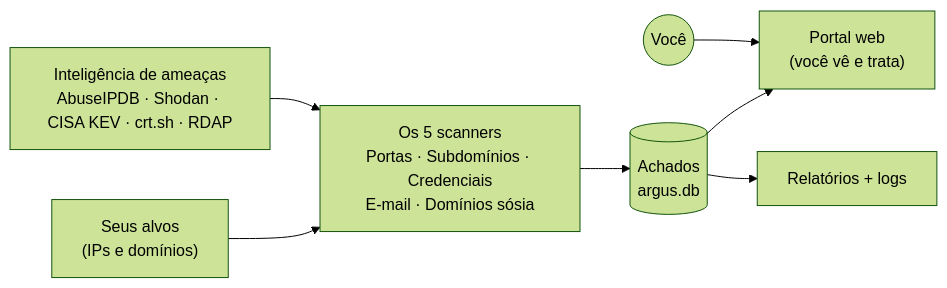
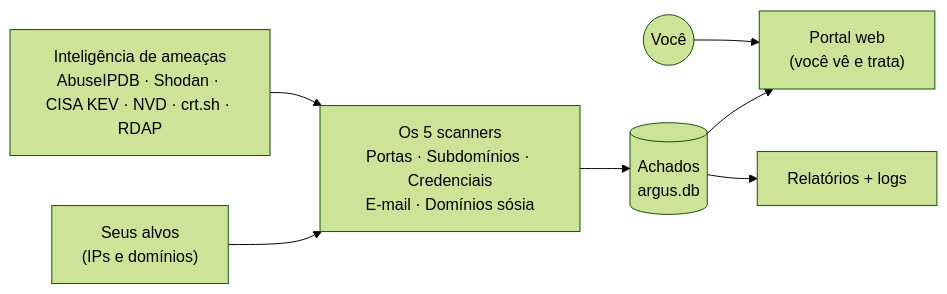
One commit to boliveiras/argus-asm-v1 changed the first of 2 diagrams in README.md. Above: the diagram before and after it, drawn with Mermaid (forest theme). The commit also changed other lines of this file and 8 other files, not shown here.

````diff
--- a/README.md
+++ b/README.md
@@ -38,9 +38,9 @@
 ```mermaid
 flowchart LR
     A["Seus alvos<br/>(IPs e domínios)"] --> SC
-    TI["Inteligência de ameaças<br/>AbuseIPDB · Shodan · CISA KEV · crt.sh · RDAP"] --> SC
+    TI["Inteligência de ameaças<br/>AbuseIPDB · Shodan · CISA KEV · NVD · crt.sh · RDAP"] --> SC
     SC["Os 5 scanners<br/>Portas · Subdomínios · Credenciais<br/>E-mail · Domínios sósia"] --> DB[("Achados<br/>argus.db")]
     DB --> P["Portal web<br/>(você vê e trata)"]
     DB --> R["Relatórios + logs"]
     U(("Você")) --> P
 ```
````
